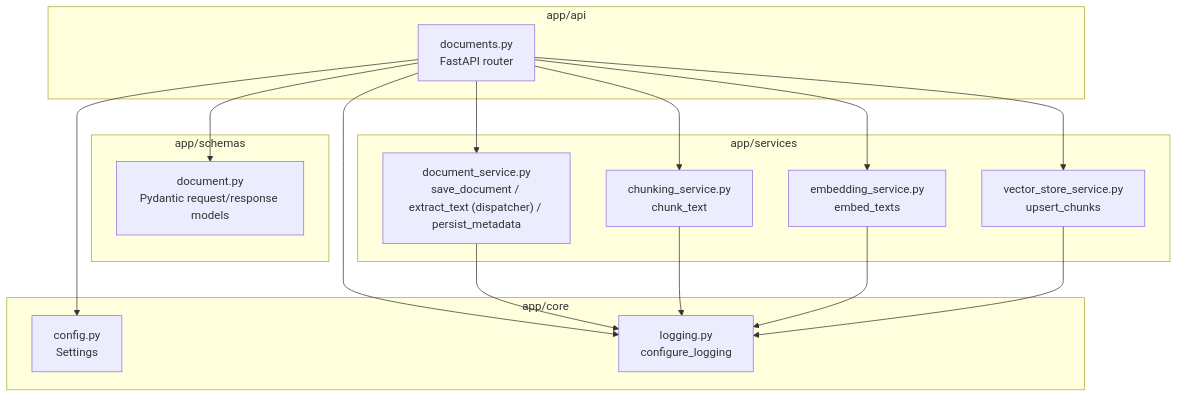
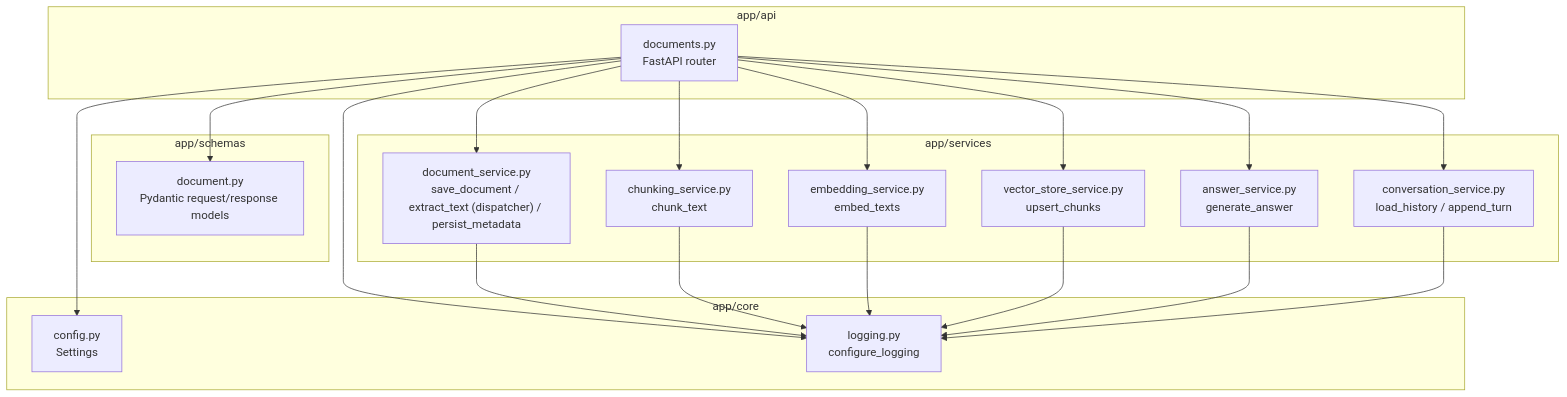
The first of 4 diagrams in docs/ARCHITECTURE.md (NavdeepTU/KnowledgeHub_AI), drawn with Mermaid before and after one commit. The commit also changed other lines of this file and 16 other files, not shown here.

First line of the commit message:
Add RAG answer generation with conversation history via Groq

````diff
--- a/docs/ARCHITECTURE.md
+++ b/docs/ARCHITECTURE.md
@@ -14,34 +14,40 @@
 ```mermaid
 flowchart TD
     subgraph API["app/api"]
         documents["documents.py<br/>FastAPI router"]
     end
 
     subgraph Schemas["app/schemas"]
         schema["document.py<br/>Pydantic request/response models"]
     end
 
     subgraph Services["app/services"]
         service["document_service.py<br/>save_document / extract_text (dispatcher) / persist_metadata"]
         chunking["chunking_service.py<br/>chunk_text"]
         embedding["embedding_service.py<br/>embed_texts"]
         vectorstore["vector_store_service.py<br/>upsert_chunks"]
+        answer["answer_service.py<br/>generate_answer"]
+        conversation["conversation_service.py<br/>load_history / append_turn"]
     end
 
     subgraph Core["app/core"]
         config["config.py<br/>Settings"]
         logging_["logging.py<br/>configure_logging"]
     end
 
     documents --> schema
     documents --> service
     documents --> chunking
     documents --> embedding
     documents --> vectorstore
+    documents --> answer
+    documents --> conversation
     documents --> config
     documents --> logging_
     service --> logging_
     chunking --> logging_
     embedding --> logging_
     vectorstore --> logging_
+    answer --> logging_
+    conversation --> logging_
 ```
````
